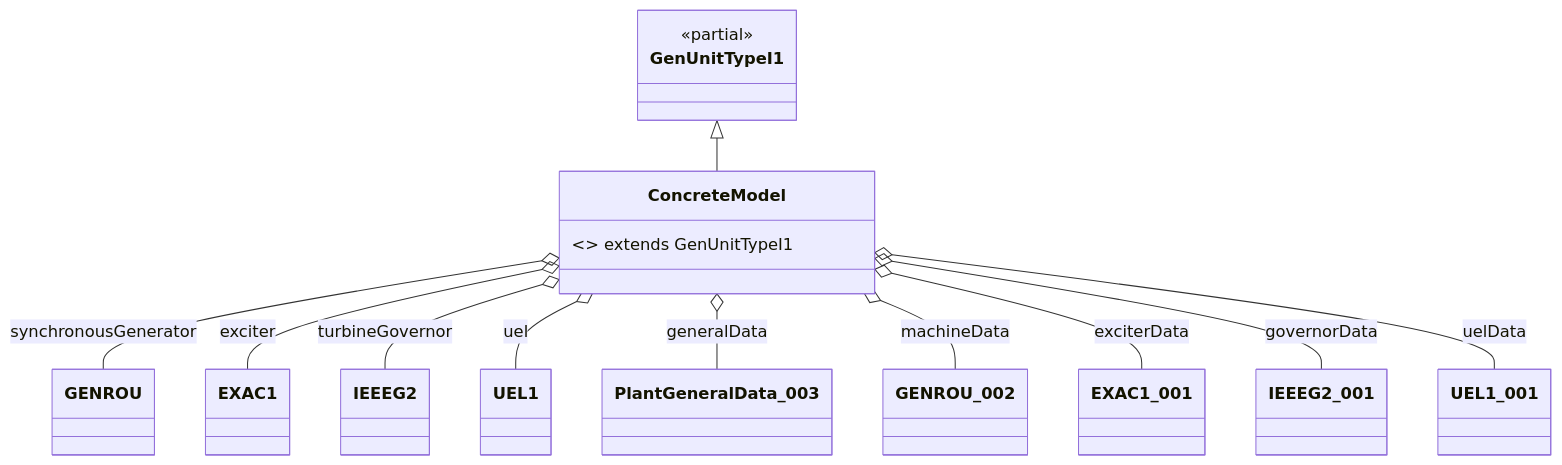
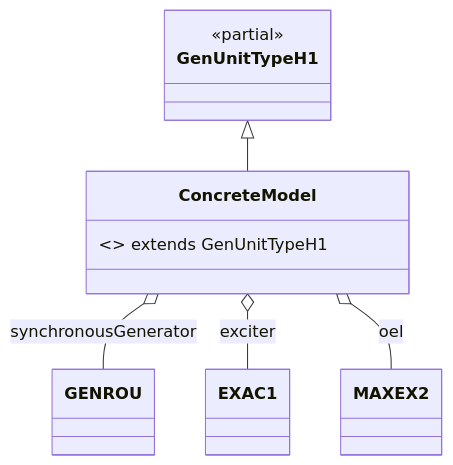
One commit to Opal-RT-Technologies/ephasorsim-modelica-library changed the second of 2 diagrams in modelica/OpalRT/docs/TypeH.md. Above: the diagram before and after it, drawn with Mermaid. The commit also changed other lines of this file and 56 other files, not shown here.

````diff
--- a/modelica/OpalRT/docs/TypeH.md
+++ b/modelica/OpalRT/docs/TypeH.md
@@ -82,24 +61,13 @@
 ```mermaid
 classDiagram
-class GenUnitTypeI1 { <<partial>> }
-class ConcreteModel { <<model>> extends GenUnitTypeI1 }
+class GenUnitTypeH1 { <<partial>> }
+class ConcreteModel { <<model>> extends GenUnitTypeH1 }
 class GENROU { }
 class EXAC1 { }
-class IEEEG2 { }
-class UEL1 { }
-class PlantGeneralData_003 { }
-class GENROU_002 { }
-class EXAC1_001 { }
-class IEEEG2_001 { }
-class UEL1_001 { }
-GenUnitTypeI1 <|-- ConcreteModel
+class MAXEX2 { }
+
+GenUnitTypeH1 <|-- ConcreteModel
 ConcreteModel o-- GENROU : synchronousGenerator
 ConcreteModel o-- EXAC1 : exciter
-ConcreteModel o-- IEEEG2 : turbineGovernor
-ConcreteModel o-- UEL1 : uel
-ConcreteModel o-- PlantGeneralData_003 : generalData
-ConcreteModel o-- GENROU_002 : machineData
-ConcreteModel o-- EXAC1_001 : exciterData
-ConcreteModel o-- IEEEG2_001 : governorData
-ConcreteModel o-- UEL1_001 : uelData
+ConcreteModel o-- MAXEX2 : oel
 ```
````
